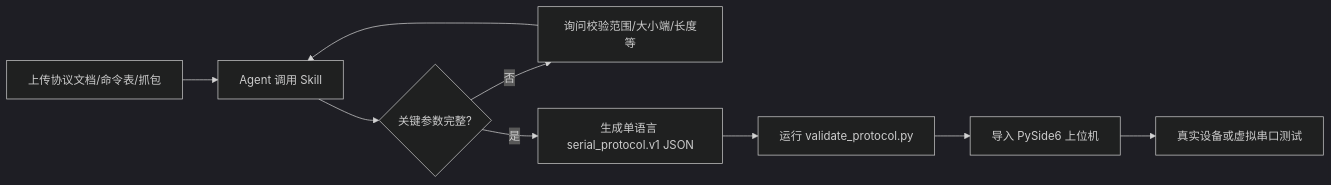
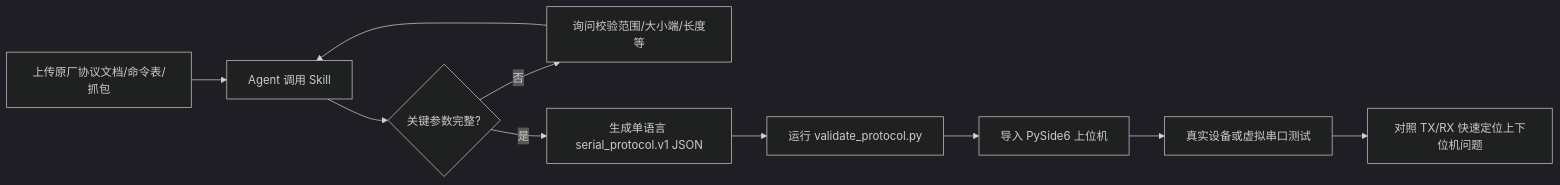
One commit to 10walnut/serial-protocol-tester-skill changed the diagram in README.md. Above: the diagram before and after it, drawn with Mermaid (dark theme). The commit also changed other lines of this file and 5 other files, not shown here.

````diff
--- a/README.md
+++ b/README.md
@@ -66,11 +69,12 @@
 ```mermaid
 flowchart LR
-    A[上传协议文档/命令表/抓包] --> B[Agent 调用 Skill]
+    A[上传原厂协议文档/命令表/抓包] --> B[Agent 调用 Skill]
     B --> C{关键参数完整?}
     C -- 否 --> D[询问校验范围/大小端/长度等]
     D --> B
     C -- 是 --> E[生成单语言 serial_protocol.v1 JSON]
     E --> F[运行 validate_protocol.py]
     F --> G[导入 PySide6 上位机]
     G --> H[真实设备或虚拟串口测试]
+    H --> I[对照 TX/RX 快速定位上下位机问题]
 ```
````
